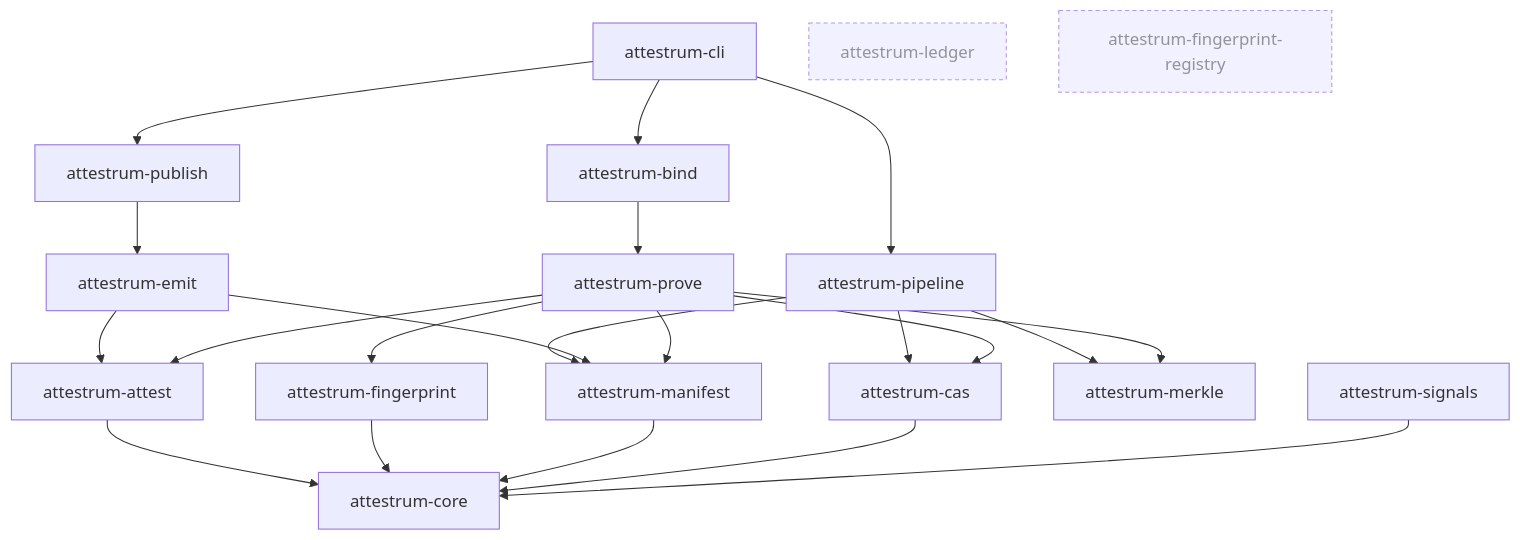
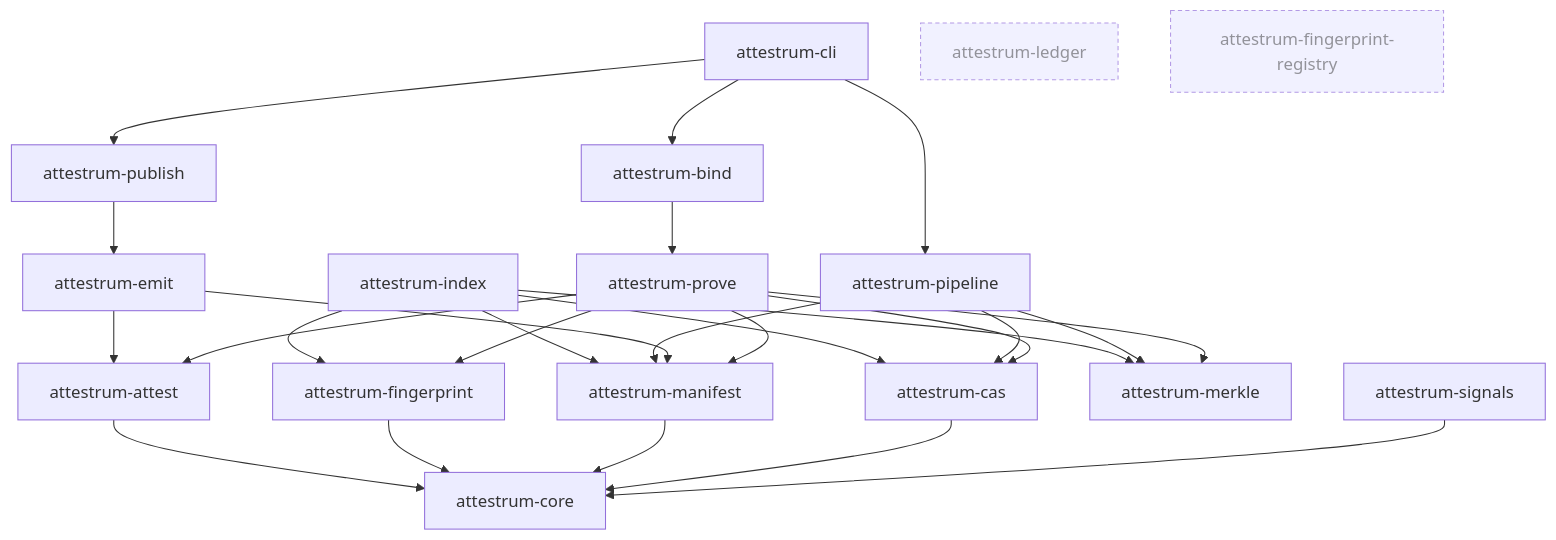
Before and after one commit to Attestrum/Attestrum: the diagram in docs/diagrams/overview/crate-deps.md, drawn with Mermaid. The commit also changed other lines of this file and 8 other files, not shown here.

````diff
--- a/docs/diagrams/overview/crate-deps.md
+++ b/docs/diagrams/overview/crate-deps.md
@@ -17,33 +17,38 @@
 ```mermaid
 flowchart TD
   CLI[attestrum-cli] --> BD[attestrum-bind]
   CLI --> P[attestrum-pipeline]
   CLI --> PB[attestrum-publish]
 
   BD --> PV[attestrum-prove]
   PB --> EM[attestrum-emit]
 
   PV --> AT[attestrum-attest]
   PV --> CAS[attestrum-cas]
   PV --> FP[attestrum-fingerprint]
   PV --> M[attestrum-manifest]
   PV --> MK[attestrum-merkle]
 
   EM --> AT
   EM --> M
 
   P --> CAS
   P --> M
   P --> MK
 
+  IX[attestrum-index] --> FP
+  IX --> CAS
+  IX --> M
+  IX --> MK
+
   S[attestrum-signals] --> C[attestrum-core]
   CAS --> C
   M --> C
   FP --> C
   AT --> C
 
   L[attestrum-ledger]:::unwired
   FR[attestrum-fingerprint-registry]:::unwired
 
   classDef unwired stroke-dasharray: 4 3,opacity:0.7
 ```
````
